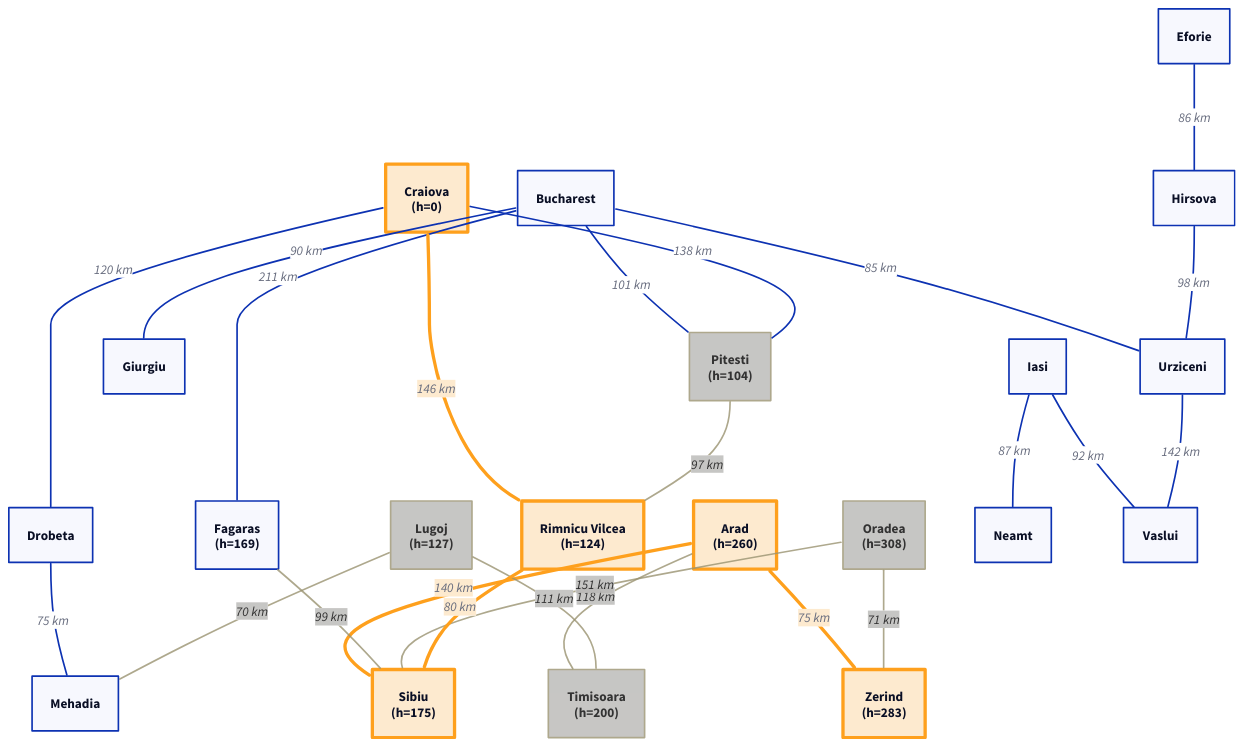
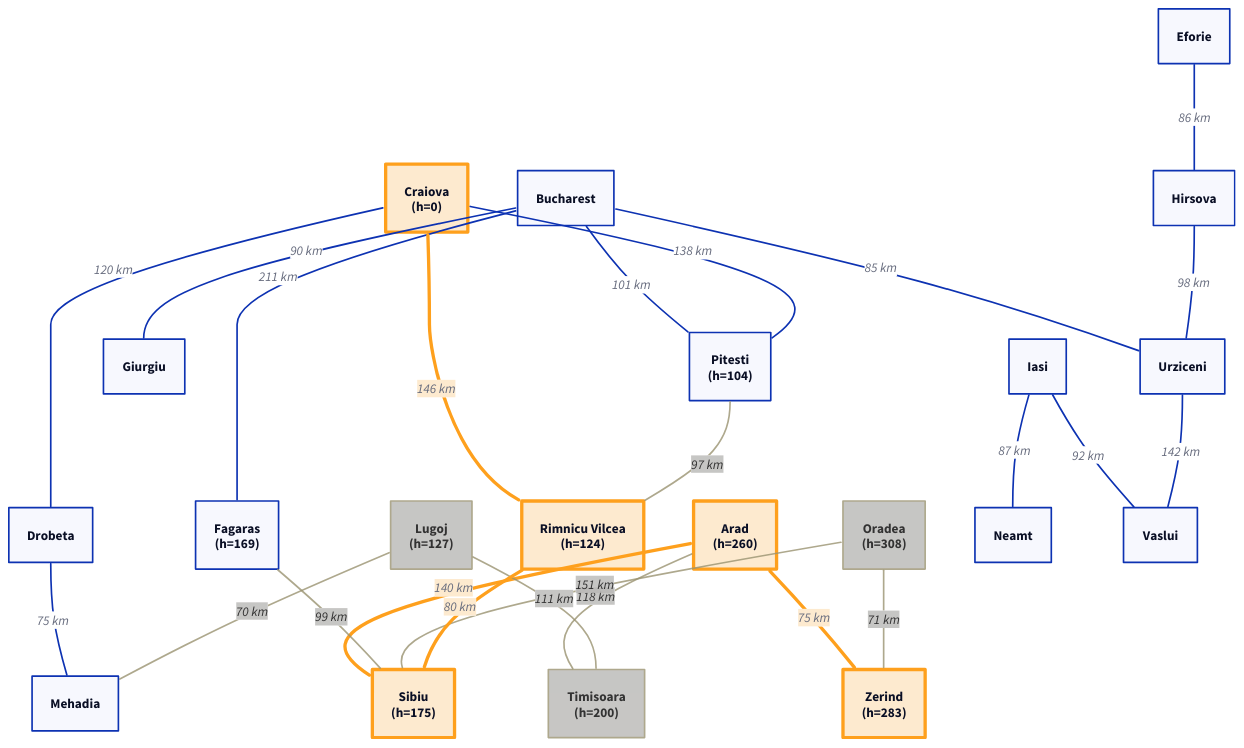
One commit to rafaga/ejercicios_mia changed the diagram in 04_busqueda_informada/ejercicio_1/a-star.d2. Above: the diagram before and after it, drawn with D2. The commit also changed 1 other file, not shown here.

```diff
--- a/04_busqueda_informada/ejercicio_1/a-star.d2
+++ b/04_busqueda_informada/ejercicio_1/a-star.d2
@@ -1,82 +1,82 @@
 classes: {
   camino: {
     style.fill: "#fdeacf"
     style.stroke: "#fea01d"
     style.stroke-width: 4
   }
   explorado: { 
     style.fill: "#b9b8b6"
     style.stroke: "#9a9371"
     style.opacity: 0.8
     style.font-color: "#000000"
   }
 }
 
 Arad: "Arad\n(h=260)" 
 Sibiu: "Sibiu\n(h=175)"
 Rimnicu: "Rimnicu Vilcea\n(h=124)"
 Craiova: "Craiova\n(h=0)"
 Zerind: "Zerind\n(h=283)"
 Oradea : "Oradea\n(h=308)"
 Fagaras: "Fagaras\n(h=169)"
 Pitesti: "Pitesti\n(h=104)"
 Arad: "Arad\n(h=260)"
 Timisoara: "Timisoara\n(h=200)"
 Lugoj: "Lugoj\n(h=127)"
 
 Arad.class: camino
 Sibiu.class: camino
 Rimnicu.class: camino
 Craiova.class: camino
 Zerind.class: camino
 Oradea.class: explorado
 # Fagaras.class: explorado
-Pitesti.class: explorado
+# Pitesti.class: explorado
 Timisoara.class: explorado
 Lugoj.class:explorado
 
 Arad -- Sibiu: 140 km {
   class: camino
 }
 Arad -- Timisoara: 118 km {
    class: explorado
 }
 Arad -- Zerind: 75 km {
   class: camino
 }
 Bucharest -- Fagaras: 211 km
 Bucharest -- Giurgiu: 90 km
 Bucharest -- Pitesti: 101 km
 Bucharest -- Urziceni: 85 km
 Craiova -- Drobeta: 120 km
 Craiova -- Pitesti: 138 km 
 Craiova -- Rimnicu: 146 km {
   class: camino
 }
 Drobeta -- Mehadia: 75 km
 Eforie -- Hirsova: 86 km
 Fagaras -- Sibiu: 99 km {
    class: explorado
 }
 Hirsova -- Urziceni: 98 km
 Iasi -- Neamt: 87 km
 Iasi -- Vaslui: 92 km
 Lugoj -- Mehadia: 70 km {
    class: explorado
 }
 Lugoj -- Timisoara: 111 km {
    class: explorado
 }
 Oradea -- Sibiu: 151 km {
    class: explorado
 }
 Oradea -- Zerind: 71 km {
    class: explorado
 }
 Pitesti -- Rimnicu: 97 km {
    class: explorado
 }
 Rimnicu -- Sibiu: 80 km {
   class: camino
 }
 Urziceni -- Vaslui: 142 km
```
